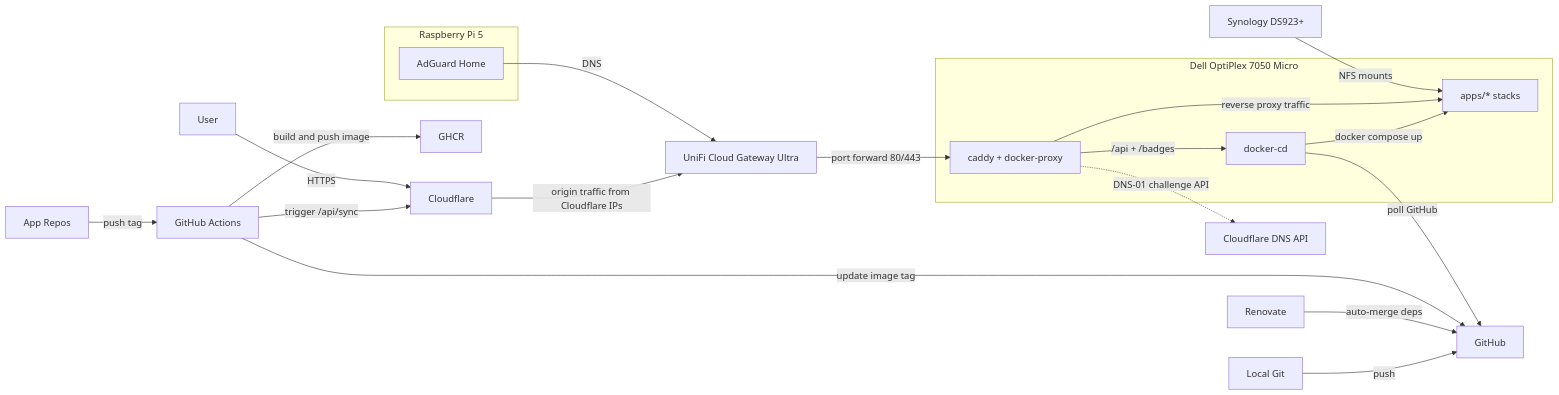
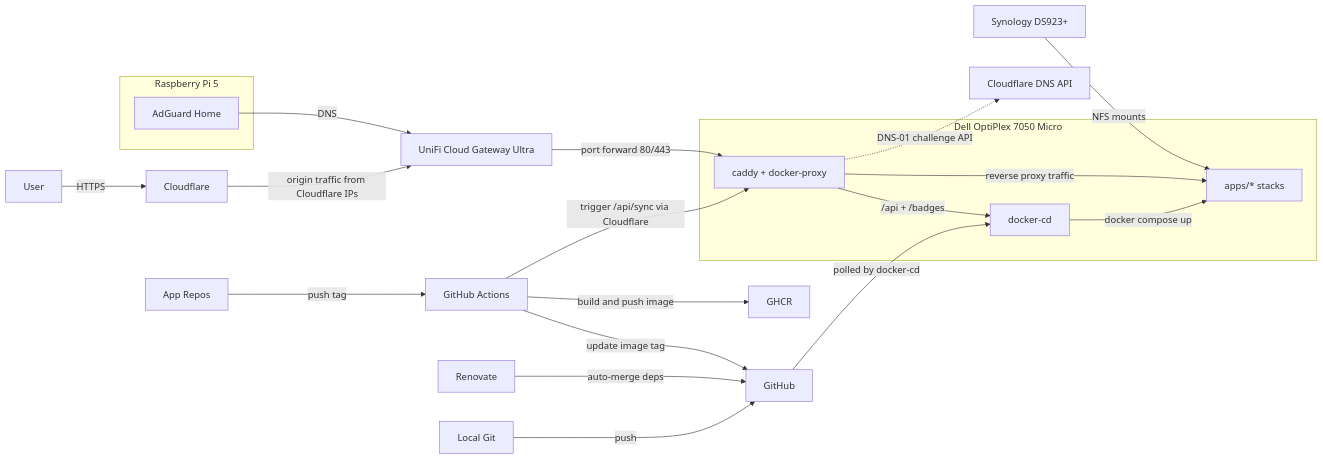
Before and after one commit to wajeht/home-ops: the diagram in README.md, drawn with Mermaid.

Commit message:
docs: update architecture diagram to clarify data flow

````diff
--- a/README.md
+++ b/README.md
@@ -16,31 +16,31 @@
 ```mermaid
 flowchart LR
     subgraph dell[Dell OptiPlex 7050 Micro]
         docker_cd[docker-cd]
         caddy[caddy + docker-proxy]
         apps[apps/* stacks]
     end
 
     subgraph pi[Raspberry Pi 5]
         adguard[AdGuard Home]
     end
 
     local_git[Local Git] -->|push| github[GitHub]
     app_repo[App Repos] -->|push tag| actions[GitHub Actions]
     renovate[Renovate] -->|auto-merge deps| github
     actions -->|build and push image| ghcr[GHCR]
     actions -->|update image tag| github
-    docker_cd -->|poll GitHub| github
-    actions -->|trigger /api/sync| cloudflare
+    github -->|polled by docker-cd| docker_cd
+    actions -->|trigger /api/sync via Cloudflare| caddy
 
     user[User] -->|HTTPS| cloudflare[Cloudflare]
     cloudflare -->|origin traffic from Cloudflare IPs| unifi[UniFi Cloud Gateway Ultra]
     adguard -->|DNS| unifi
 
     docker_cd -->|docker compose up| apps
     caddy -->|reverse proxy traffic| apps
     caddy -->|/api + /badges| docker_cd
     unifi -->|port forward 80/443| caddy
     caddy -.->|DNS-01 challenge API| cloudflare_dns[Cloudflare DNS API]
     nas[Synology DS923+] -->|NFS mounts| apps
 ```
````
